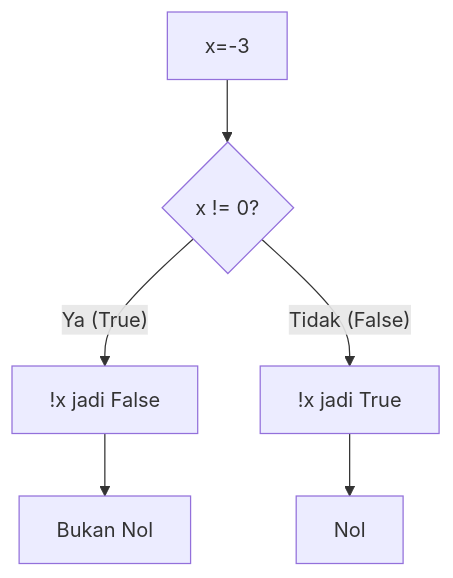
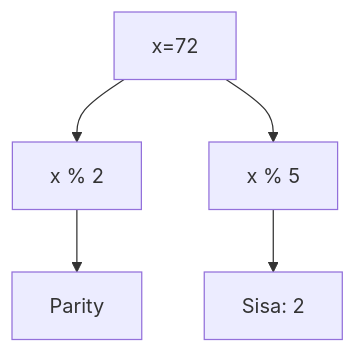
The ninth of 25 diagrams in part-c-pemahaman-cpp/02-percabangan/latihan/set-09.md (amnahwaida/OSNK_INF_PREP), drawn with Mermaid before and after one commit. The commit also changed other lines of this file and 71 other files, not shown here.

````diff
--- a/part-c-pemahaman-cpp/02-percabangan/latihan/set-09.md
+++ b/part-c-pemahaman-cpp/02-percabangan/latihan/set-09.md
@@ -271,8 +263,7 @@
 ```mermaid
 graph TD
-    A[x=-3] --> B{x != 0?}
-    B -- Ya (True) --> C["!x jadi False"]
-    B -- Tidak (False) --> D["!x jadi True"]
-    C --> E[Bukan Nol]
-    D --> F[Nol]
+A[x=72] --> B[x % 2]
+B --> C[Parity]
+A --> D[x % 5]
+D --> E[Sisa: 2]
 ```
````
